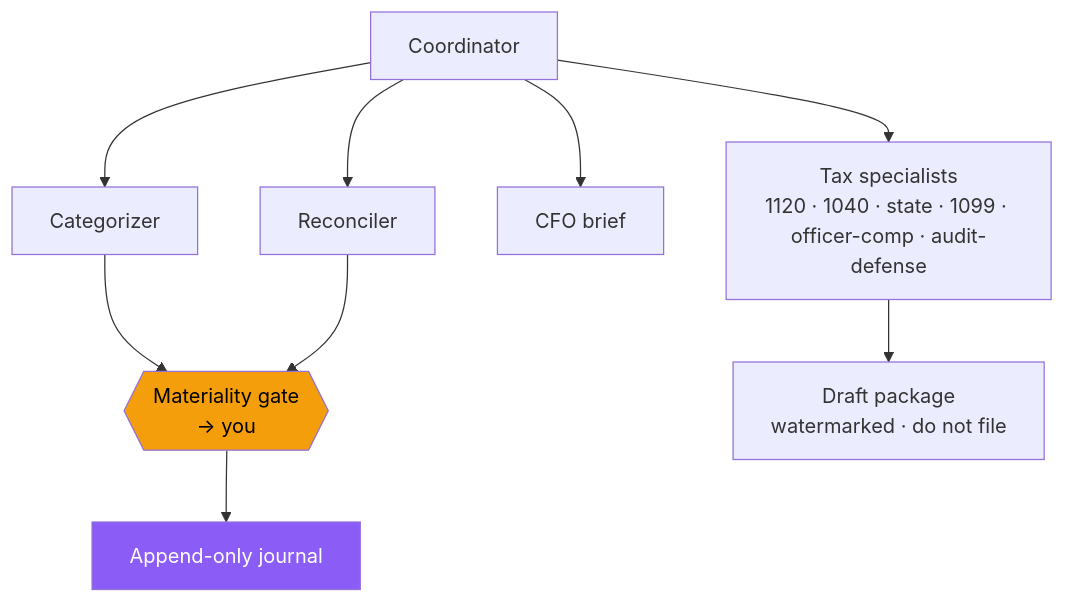
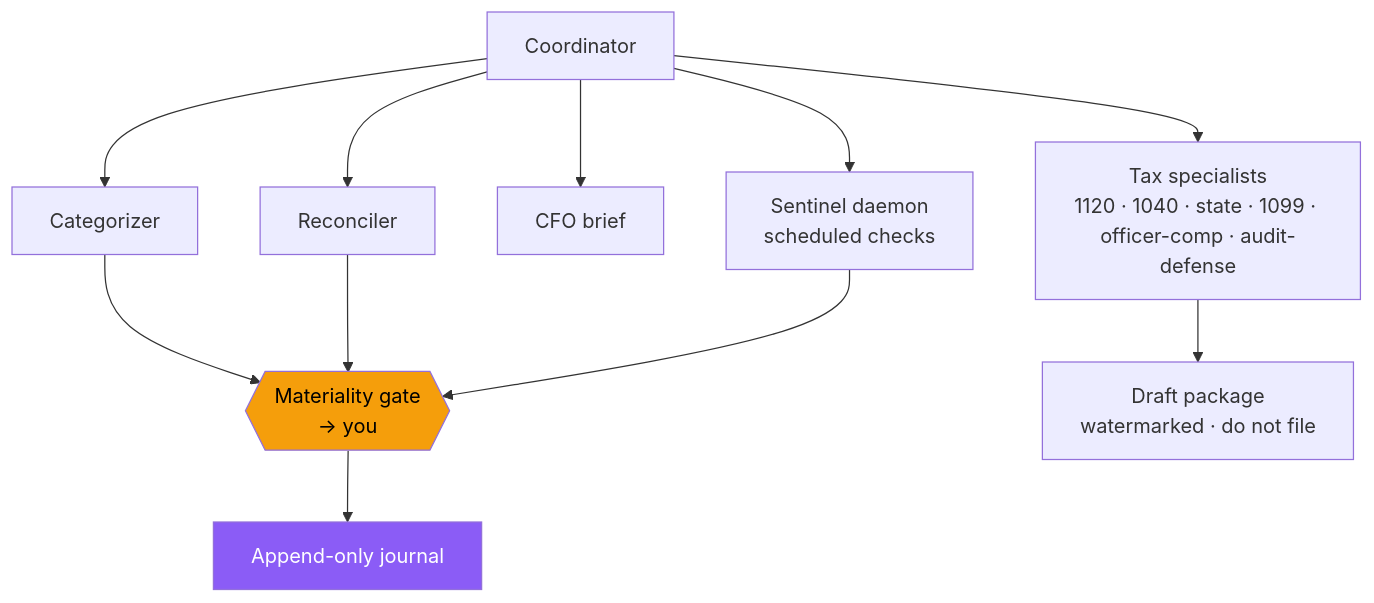
The fourth of 5 diagrams in README.md (Unicorn-Commander/Accounting-Ops), drawn with Mermaid before and after one commit. The commit also changed other lines of this file and 2 other files, not shown here.

````diff
--- a/README.md
+++ b/README.md
@@ -166,13 +173,15 @@
 ```mermaid
 flowchart TB
     COORD["Coordinator"] --> CAT["Categorizer"]
     COORD --> REC["Reconciler"]
     COORD --> CFO["CFO brief"]
+    COORD --> SENT["Sentinel daemon<br/>scheduled checks"]
     COORD --> TAX["Tax specialists<br/>1120 · 1040 · state · 1099 · officer-comp · audit-defense"]
     CAT --> GATE{{"Materiality gate<br/>→ you"}}
     REC --> GATE
+    SENT --> GATE
     TAX --> DRAFT["Draft package<br/>watermarked · do not file"]
     GATE --> JOURNAL["Append-only journal"]
     style GATE fill:#F59E0B,color:#000
     style JOURNAL fill:#8B5CF6,color:#fff
 ```
````
